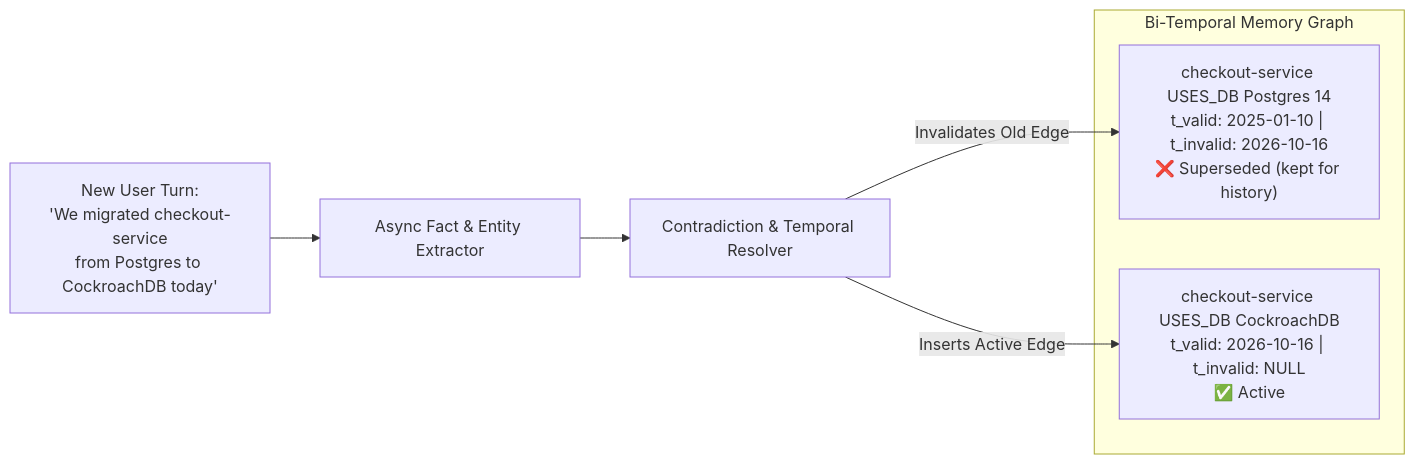
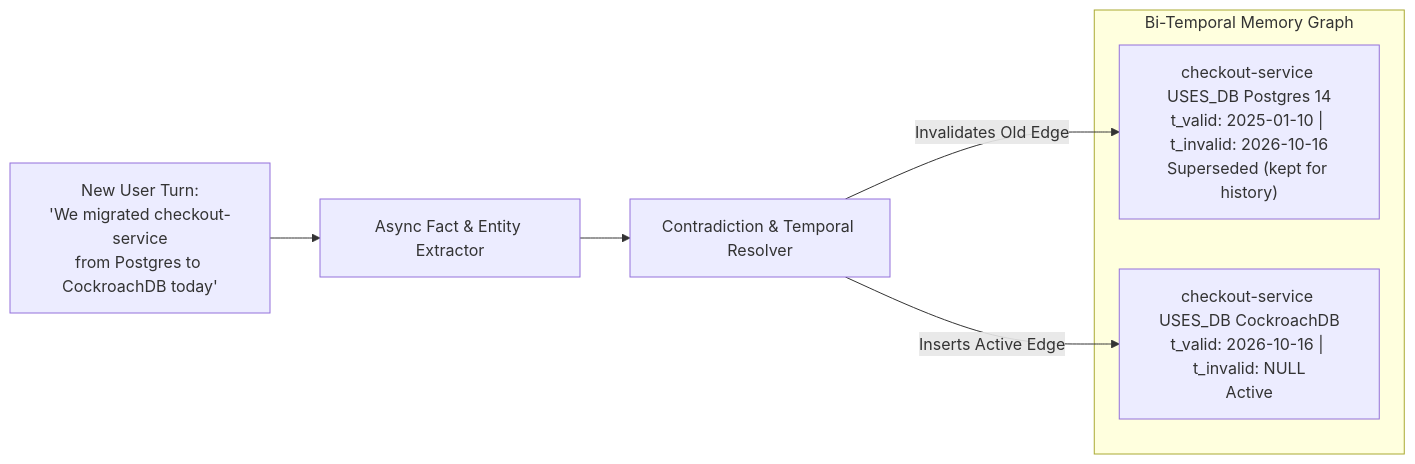
One commit to Rajdipc/agentic-ai-orchestration-patterns changed the second of 2 diagrams in chapter-11-context-engineering-and-long-term-memory.md. Above: the diagram before and after it, drawn with Mermaid. The commit also changed other lines of this file and 23 other files, not shown here.

````diff
--- a/chapter-11-context-engineering-and-long-term-memory.md
+++ b/chapter-11-context-engineering-and-long-term-memory.md
@@ -166,13 +172,13 @@
 ```mermaid
 flowchart LR
     Turn["New User Turn:<br/>'We migrated checkout-service<br/>from Postgres to CockroachDB today'"] --> Extractor["Async Fact & Entity Extractor"]
     Extractor --> Resolver["Contradiction & Temporal Resolver"]
 
     subgraph TemporalKG["Bi-Temporal Memory Graph"]
-        OldEdge["checkout-service USES_DB Postgres 14<br/>t_valid: 2025-01-10 | t_invalid: 2026-10-16<br/>❌ Superseded (kept for history)"]
-        NewEdge["checkout-service USES_DB CockroachDB<br/>t_valid: 2026-10-16 | t_invalid: NULL<br/>✅ Active"]
+        OldEdge["checkout-service USES_DB Postgres 14<br/>t_valid: 2025-01-10 | t_invalid: 2026-10-16<br/>Superseded (kept for history)"]
+        NewEdge["checkout-service USES_DB CockroachDB<br/>t_valid: 2026-10-16 | t_invalid: NULL<br/>Active"]
     end
 
     Resolver -- "Invalidates Old Edge" --> OldEdge
     Resolver -- "Inserts Active Edge" --> NewEdge
 ```
````
